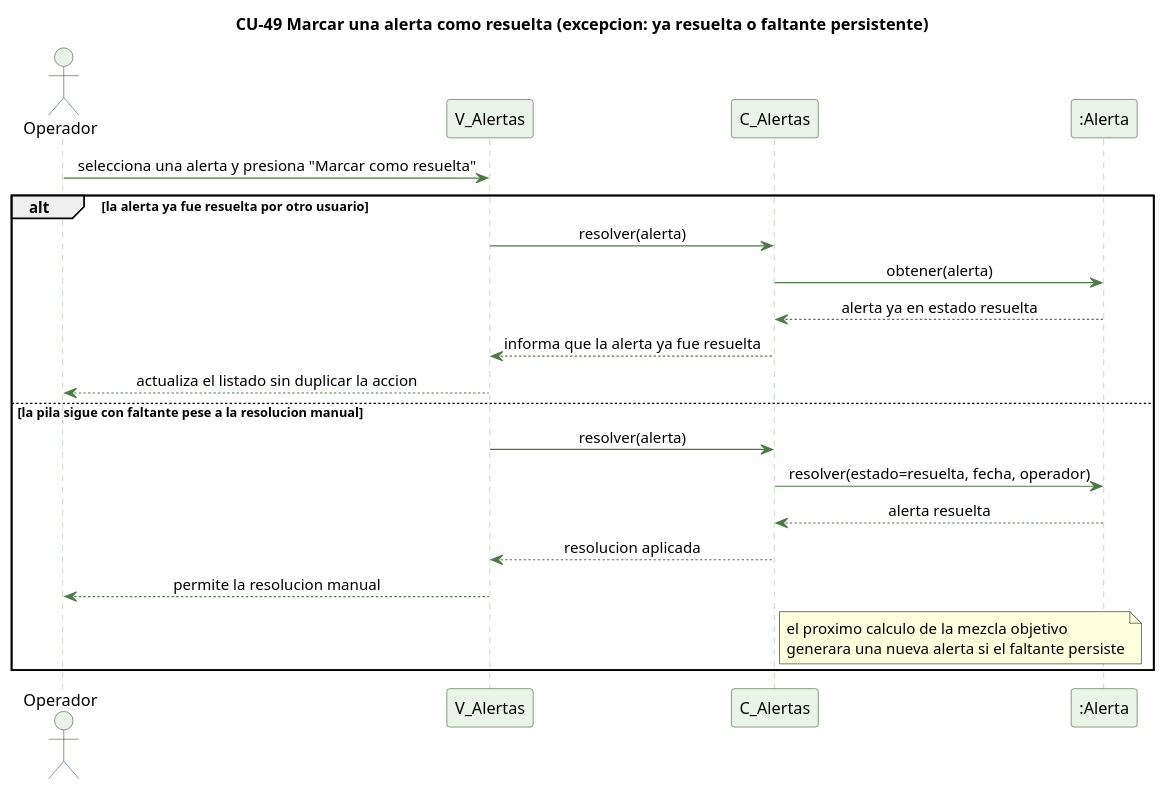
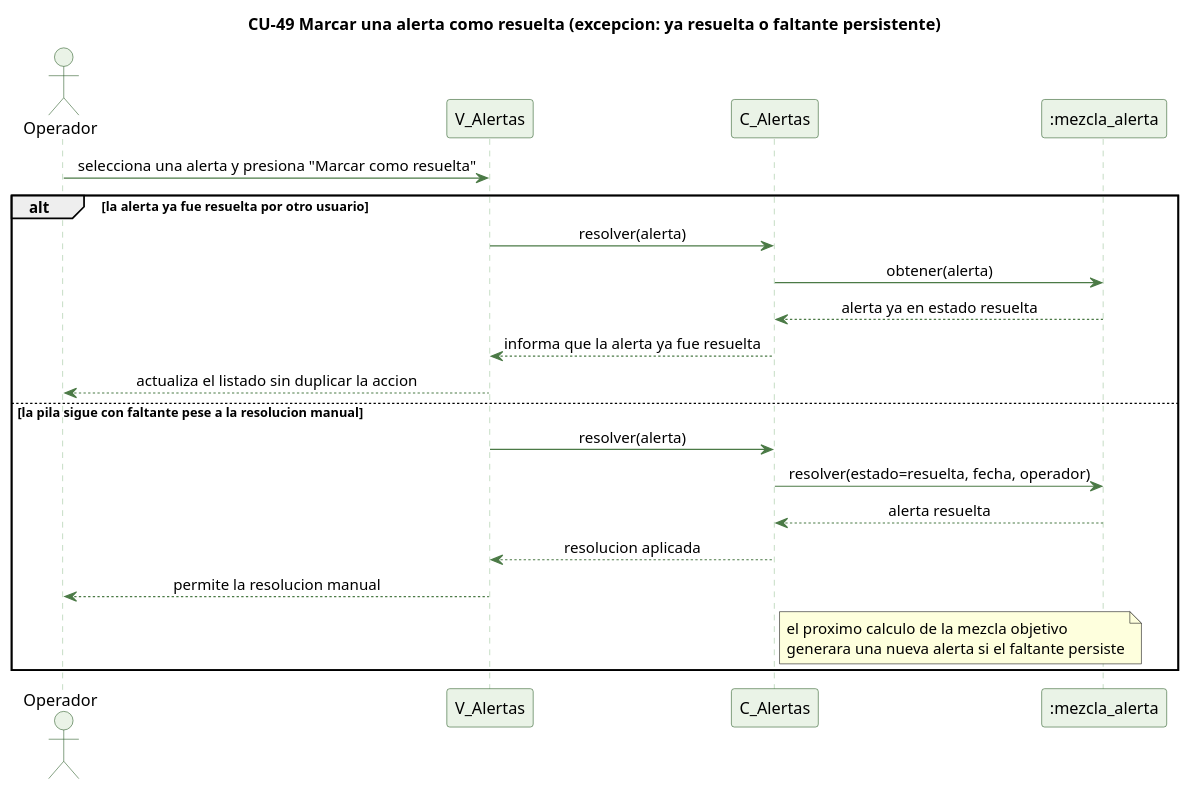
Before and after one commit to kenjikaese/Triverde: the diagram in docs/trabajo-grupal/diagramas/secuencias/cu49-resolver-alerta-excepcion.puml, drawn with PlantUML. The commit also changed 215 other files, not shown here.

```diff
--- a/docs/trabajo-grupal/diagramas/secuencias/cu49-resolver-alerta-excepcion.puml
+++ b/docs/trabajo-grupal/diagramas/secuencias/cu49-resolver-alerta-excepcion.puml
@@ -1,37 +1,37 @@
 @startuml cu49-resolver-alerta-excepcion
 ' CU-49 Marcando una alerta como resuelta - flujo de excepcion
 skinparam backgroundColor #FFFFFF
 skinparam shadowing false
 skinparam defaultFontName Helvetica
 skinparam sequenceMessageAlign center
 skinparam ParticipantBackgroundColor #EAF3E7
 skinparam ParticipantBorderColor #2E5E2A
 skinparam ActorBackgroundColor #EAF3E7
 skinparam ActorBorderColor #2E5E2A
 skinparam sequenceLifeLineBorderColor #9CC49A
 skinparam ArrowColor #4B7A46
 
 title CU-49 Marcar una alerta como resuelta (excepcion: ya resuelta o faltante persistente)
 
 actor Operador
 participant "V_Alertas" as V
 participant "C_Alertas" as C
-participant ":Alerta" as A
+participant ":mezcla_alerta" as A
 
 Operador -> V : selecciona una alerta y presiona "Marcar como resuelta"
 alt la alerta ya fue resuelta por otro usuario
   V -> C : resolver(alerta)
   C -> A : obtener(alerta)
   A --> C : alerta ya en estado resuelta
   C --> V : informa que la alerta ya fue resuelta
   V --> Operador : actualiza el listado sin duplicar la accion
 else la pila sigue con faltante pese a la resolucion manual
   V -> C : resolver(alerta)
   C -> A : resolver(estado=resuelta, fecha, operador)
   A --> C : alerta resuelta
   C --> V : resolucion aplicada
   V --> Operador : permite la resolucion manual
   note right of C : el proximo calculo de la mezcla objetivo\ngenerara una nueva alerta si el faltante persiste
 end
 
 @enduml
```
